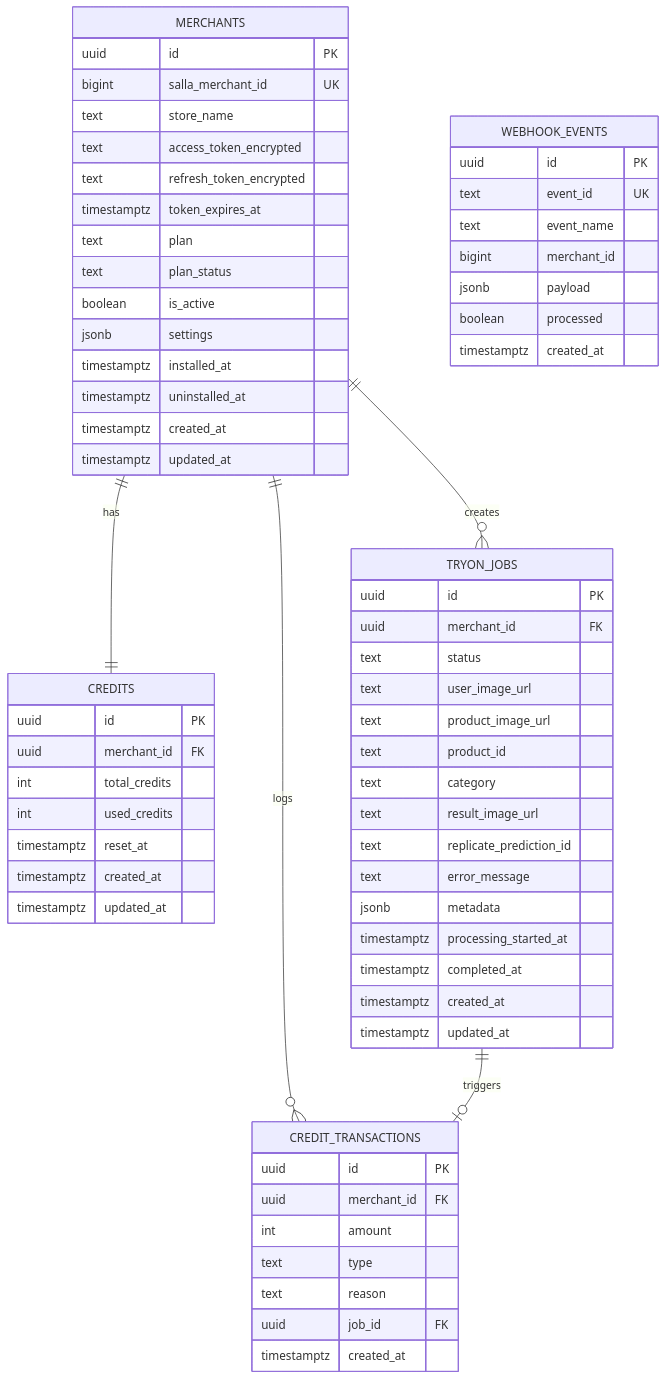
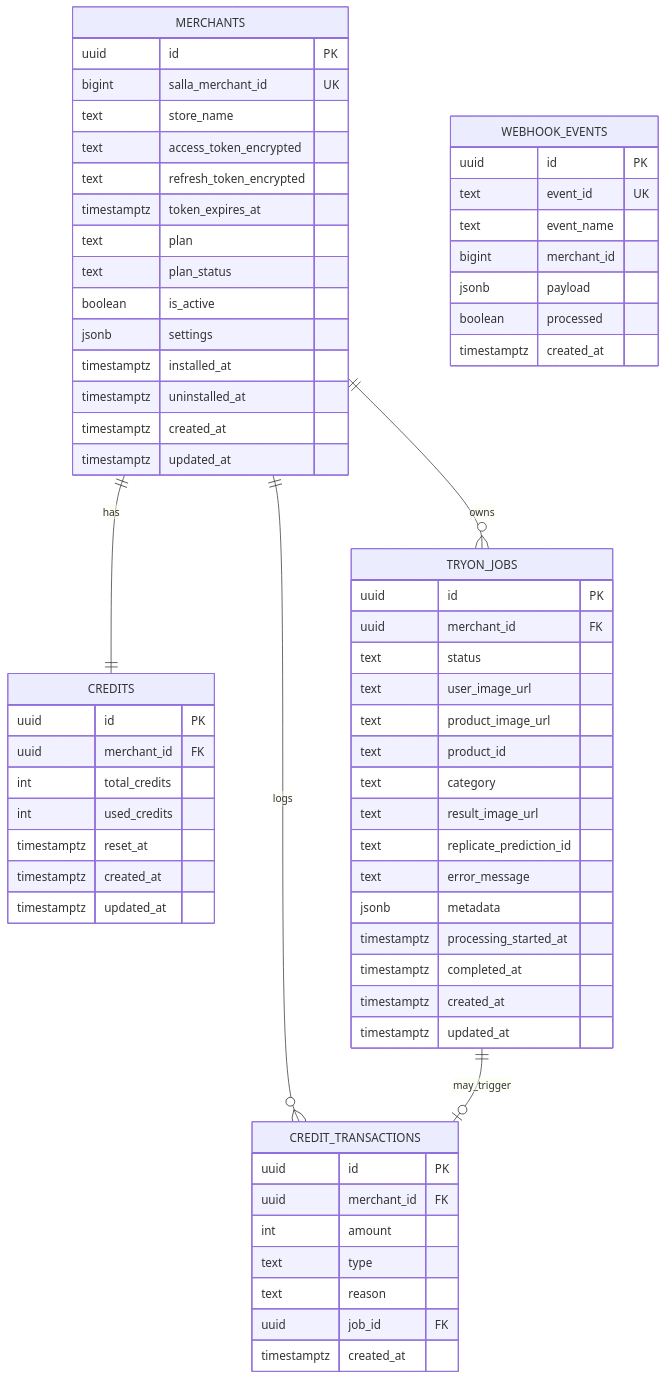
The diagram in docs/02-architecture/erd-virtual-tryon.md (mohamed-shahien/salla-vtryon), drawn with Mermaid before and after one commit. The commit also changed other lines of this file and 22 other files, not shown here.

````diff
--- a/docs/02-architecture/erd-virtual-tryon.md
+++ b/docs/02-architecture/erd-virtual-tryon.md
@@ -39,72 +34,72 @@
 ```mermaid
 erDiagram
     MERCHANTS ||--|| CREDITS : has
-    MERCHANTS ||--o{ TRYON_JOBS : creates
+    MERCHANTS ||--o{ TRYON_JOBS : owns
     MERCHANTS ||--o{ CREDIT_TRANSACTIONS : logs
-    TRYON_JOBS ||--o| CREDIT_TRANSACTIONS : triggers
+    TRYON_JOBS ||--o| CREDIT_TRANSACTIONS : may_trigger
 
     MERCHANTS {
         uuid id PK
         bigint salla_merchant_id UK
         text store_name
         text access_token_encrypted
         text refresh_token_encrypted
         timestamptz token_expires_at
         text plan
         text plan_status
         boolean is_active
         jsonb settings
         timestamptz installed_at
         timestamptz uninstalled_at
         timestamptz created_at
         timestamptz updated_at
     }
 
     CREDITS {
         uuid id PK
         uuid merchant_id FK
         int total_credits
         int used_credits
         timestamptz reset_at
         timestamptz created_at
         timestamptz updated_at
     }
 
     TRYON_JOBS {
         uuid id PK
         uuid merchant_id FK
         text status
         text user_image_url
         text product_image_url
         text product_id
         text category
         text result_image_url
         text replicate_prediction_id
         text error_message
         jsonb metadata
         timestamptz processing_started_at
         timestamptz completed_at
         timestamptz created_at
         timestamptz updated_at
     }
 
     WEBHOOK_EVENTS {
         uuid id PK
         text event_id UK
         text event_name
         bigint merchant_id
         jsonb payload
         boolean processed
         timestamptz created_at
     }
 
     CREDIT_TRANSACTIONS {
         uuid id PK
         uuid merchant_id FK
         int amount
         text type
         text reason
         uuid job_id FK
         timestamptz created_at
     }
 ```
````
